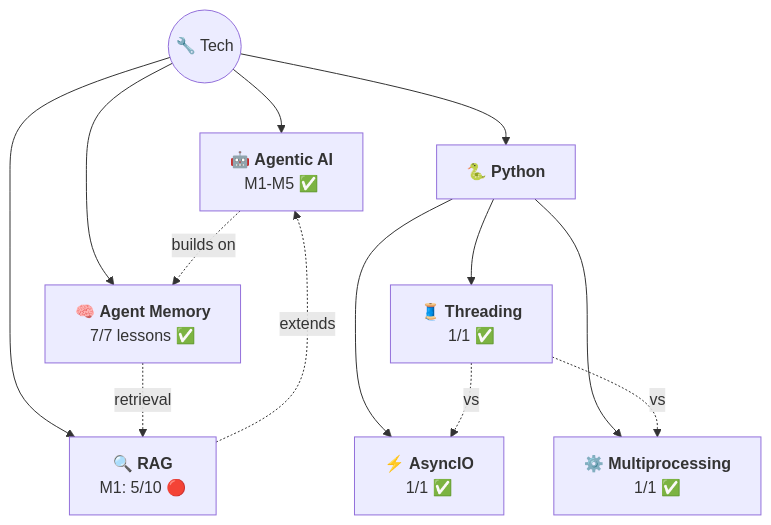
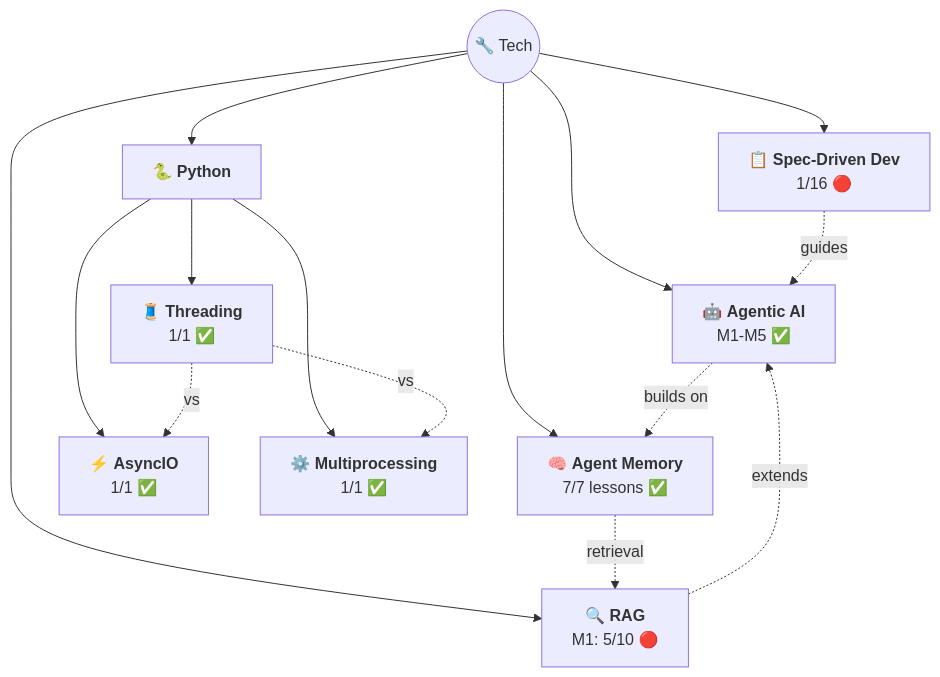
The diagram in _maps/tech.md (AyushSonuu/my-memory), drawn with Mermaid before and after one commit. The commit also changed other lines of this file and 6 other files, not shown here.

Commit message:
🆕 new topic: Spec-Driven Development — L01 Introduction + 10 flashcards

````diff
--- a/_maps/tech.md
+++ b/_maps/tech.md
@@ -5,16 +5,18 @@
 ```mermaid
 graph TB
     T(("🔧 Tech"))
     T --> AG["🤖 <b>Agentic AI</b><br/>M1-M5 ✅"]
     T --> AM["🧠 <b>Agent Memory</b><br/>7/7 lessons ✅"]
     T --> RAG["🔍 <b>RAG</b><br/>M1: 5/10 🔴"]
     T --> PY["🐍 <b>Python</b>"]
     PY --> AIO["⚡ <b>AsyncIO</b><br/>1/1 ✅"]
     PY --> THR["🧵 <b>Threading</b><br/>1/1 ✅"]
     PY --> MP["⚙️ <b>Multiprocessing</b><br/>1/1 ✅"]
     AG -.->|"builds on"| AM
     AM -.->|"retrieval"| RAG
     RAG -.->|"extends"| AG
+    T --> SDD["📋 <b>Spec-Driven Dev</b><br/>1/16 🔴"]
+    SDD -.->|"guides"| AG
     THR -.->|"vs"| AIO
     THR -.->|"vs"| MP
 ```
````
